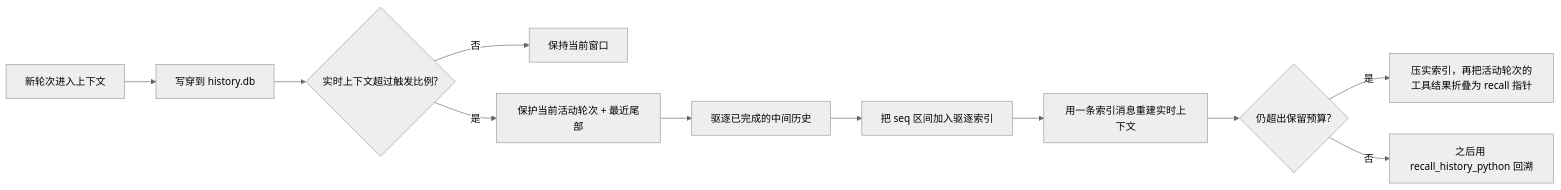
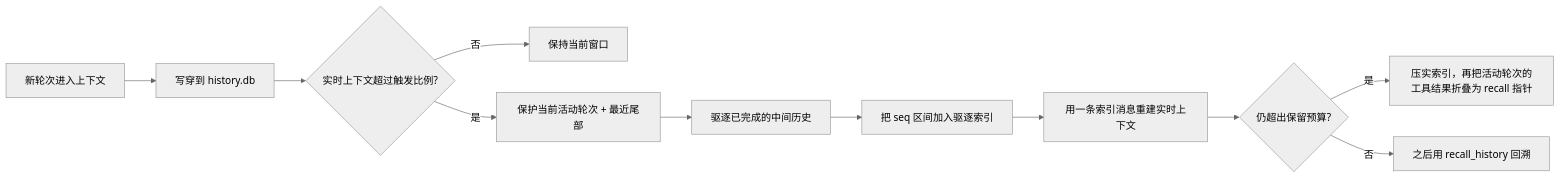
The diagram in website/public/docs/context.zh.md (agentscope-ai/QwenPaw), drawn with Mermaid (neutral theme) before and after one commit. The commit also changed other lines of this file and 15 other files, not shown here.

````diff
--- a/website/public/docs/context.zh.md
+++ b/website/public/docs/context.zh.md
@@ -25,13 +25,13 @@
 ```mermaid
 flowchart LR
     A[新轮次进入上下文] --> B[写穿到 history.db]
     B --> C{实时上下文超过触发比例?}
     C -->|否| D[保持当前窗口]
     C -->|是| E[保护当前活动轮次 + 最近尾部]
     E --> F[驱逐已完成的中间历史]
     F --> G[把 seq 区间加入驱逐索引]
     G --> H[用一条索引消息重建实时上下文]
     H --> I{仍超出保留预算?}
     I -->|是| J[压实索引，再把活动轮次的工具结果折叠为 recall 指针]
-    I -->|否| K[之后用 recall_history_python 回溯]
+    I -->|否| K[之后用 recall_history 回溯]
 ```
````
